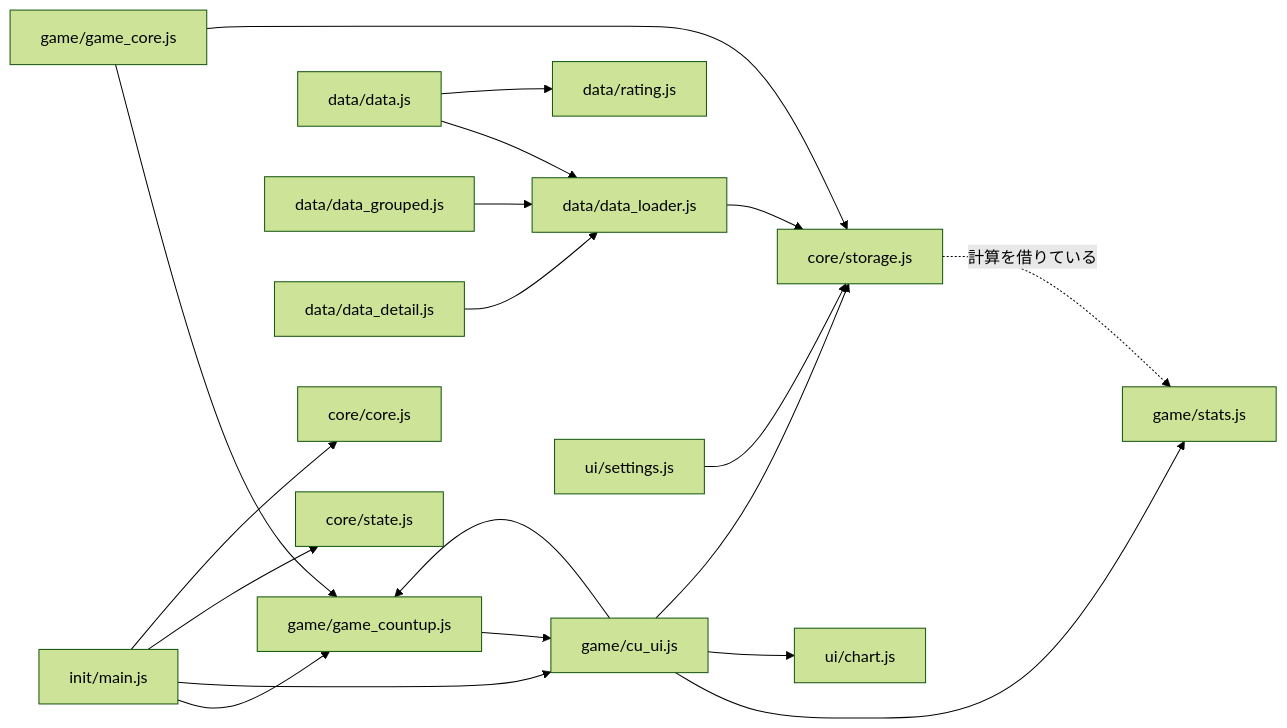
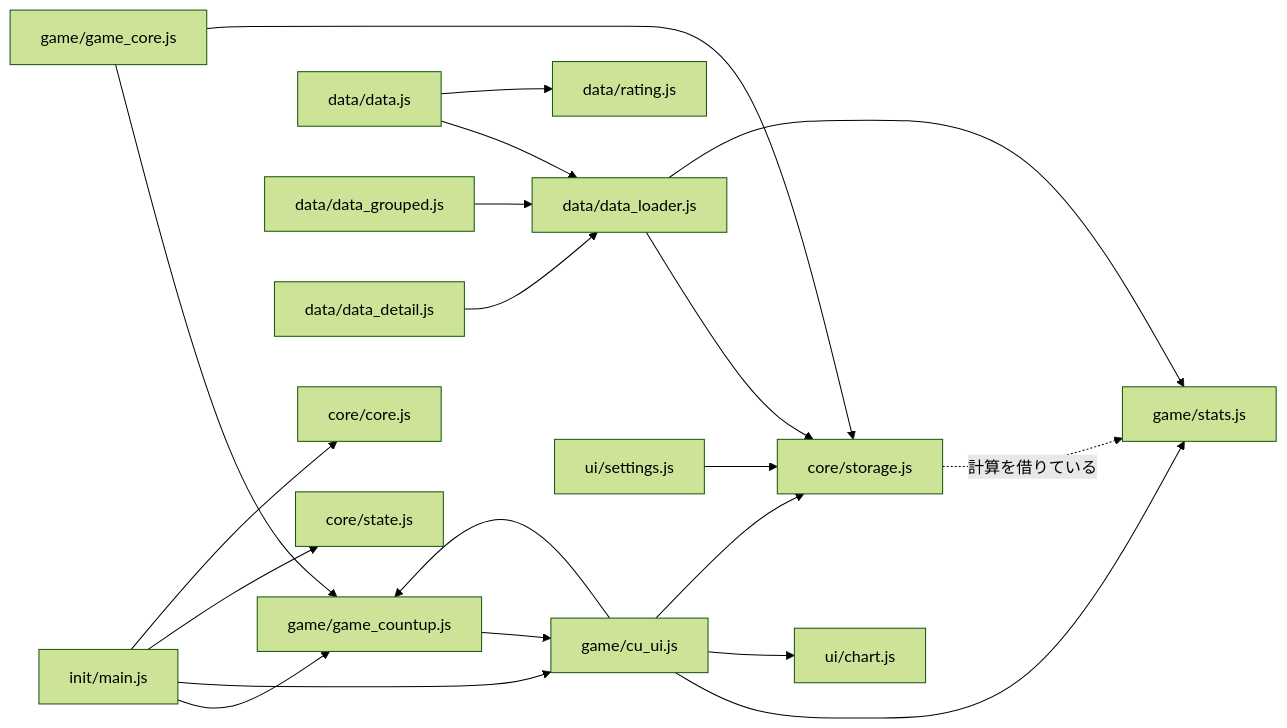
One commit to izayoisinya/darts-practice changed the diagram in docs/design.md. Above: the diagram before and after it, drawn with Mermaid (forest theme). The commit also changed other lines of this file and 4 other files, not shown here.

````diff
--- a/docs/design.md
+++ b/docs/design.md
@@ -516,21 +520,22 @@
 ```mermaid
 graph LR
   main[init/main.js] --> gc[game/game_countup.js]
   main --> cui[game/cu_ui.js]
   cui --> gc
   gc --> cui
   gcore[game/game_core.js] --> gc
   cui --> stats[game/stats.js]
   cui --> chart[ui/chart.js]
   cui --> storage[core/storage.js]
   gcore --> storage
   storage -. 計算を借りている .-> stats
   dl[data/data_loader.js] --> storage
+  dl --> stats
   data[data/data.js] --> dl
   data --> rating[data/rating.js]
   dg[data/data_grouped.js] --> dl
   dd[data/data_detail.js] --> dl
   settings[ui/settings.js] --> storage
   main --> state[core/state.js]
   main --> core[core/core.js]
 ```
````
